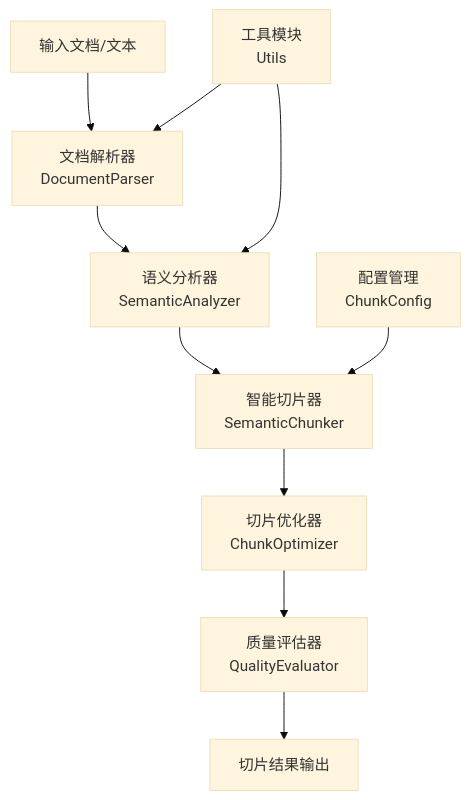
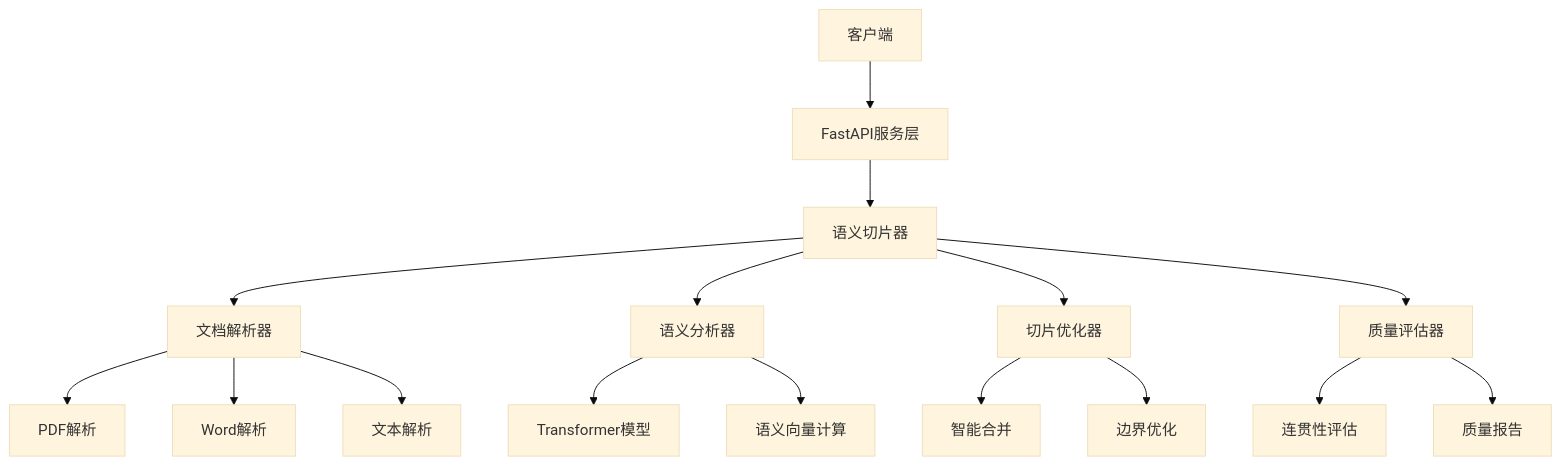
One commit to shuyu-labs/AntSK-FileChunk changed the diagram in README.md. Above: the diagram before and after it, drawn with Mermaid (base theme). The commit also changed other lines of this file and 13 other files, not shown here.

````diff
--- a/README.md
+++ b/README.md
@@ -29,13 +95,22 @@
 ```mermaid
 graph TB
-    A[输入文档/文本] --> B[文档解析器<br/>DocumentParser]
-    B --> C[语义分析器<br/>SemanticAnalyzer]
-    C --> D[智能切片器<br/>SemanticChunker]
-    D --> E[切片优化器<br/>ChunkOptimizer]
-    E --> F[质量评估器<br/>QualityEvaluator]
-    F --> G[切片结果输出]
+    A[客户端] --> B[FastAPI服务层]
+    B --> C[语义切片器]
+    C --> D[文档解析器]
+    C --> E[语义分析器]
+    C --> F[切片优化器]
+    C --> G[质量评估器]
     
-    H[配置管理<br/>ChunkConfig] --> D
-    I[工具模块<br/>Utils] --> B
-    I --> C
+    D --> H[PDF解析]
+    D --> I[Word解析]
+    D --> J[文本解析]
+    
+    E --> K[Transformer模型]
+    E --> L[语义向量计算]
+    
+    F --> M[智能合并]
+    F --> N[边界优化]
+    
+    G --> O[连贯性评估]
+    G --> P[质量报告]
 ```
````
